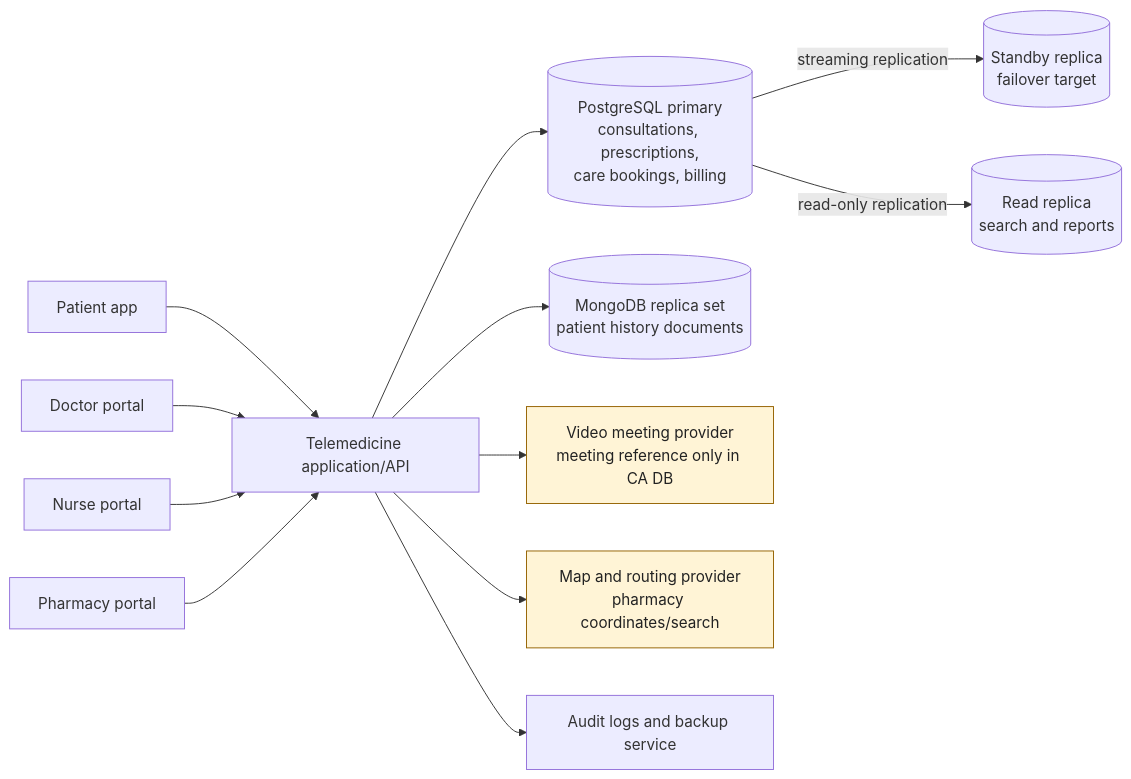
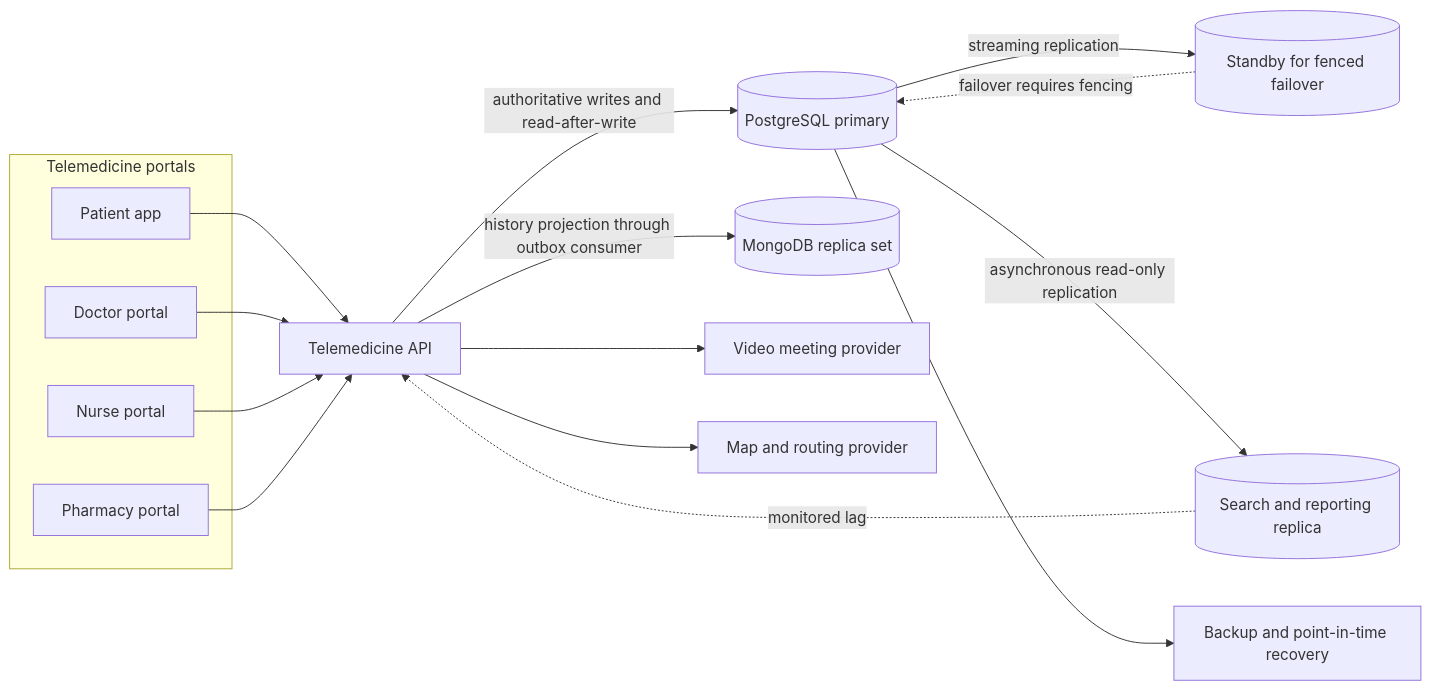
Before and after one commit to Victordiamond/medicare_hospital_db: the diagram in portfolio-5-distributed-cloud/architecture.mmd, drawn with Mermaid.

Commit message:
Update portfolio-5-distributed-cloud/architecture.mmd for Portfolio 5 evidence

```diff
--- a/portfolio-5-distributed-cloud/architecture.mmd
+++ b/portfolio-5-distributed-cloud/architecture.mmd
@@ -1,15 +1,20 @@
 flowchart LR
-    P[Patient app] --> API[Telemedicine application/API]
-    D[Doctor portal] --> API
-    N[Nurse portal] --> API
-    PH[Pharmacy portal] --> API
-    API --> PG[(PostgreSQL primary<br/>consultations, prescriptions,<br/>care bookings, billing)]
-    PG -->|streaming replication| ST[(Standby replica<br/>failover target)]
-    PG -->|read-only replication| RR[(Read replica<br/>search and reports)]
-    API --> MG[(MongoDB replica set<br/>patient history documents)]
-    API --> VIDEO[Video meeting provider<br/>meeting reference only in CA DB]
-    API --> MAP[Map and routing provider<br/>pharmacy coordinates/search]
-    API --> AUDIT[Audit logs and backup service]
-
-    classDef external fill:#fff4d6,stroke:#946200,color:#222;
-    class VIDEO,MAP external;
+    subgraph CLIENTS[Telemedicine portals]
+      P[Patient app]
+      D[Doctor portal]
+      N[Nurse portal]
+      PH[Pharmacy portal]
+    end
+    P --> API[Telemedicine API]
+    D --> API
+    N --> API
+    PH --> API
+    API -->|authoritative writes and read-after-write| PG[(PostgreSQL primary)]
+    PG -->|streaming replication| ST[(Standby for fenced failover)]
+    PG -->|asynchronous read-only replication| RR[(Search and reporting replica)]
+    API -->|history projection through outbox consumer| MG[(MongoDB replica set)]
+    API --> VIDEO[Video meeting provider]
+    API --> MAP[Map and routing provider]
+    PG --> BACKUP[Backup and point-in-time recovery]
+    RR -. monitored lag .-> API
+    ST -. failover requires fencing .-> PG
```
